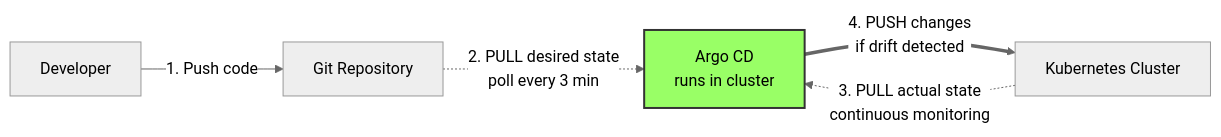
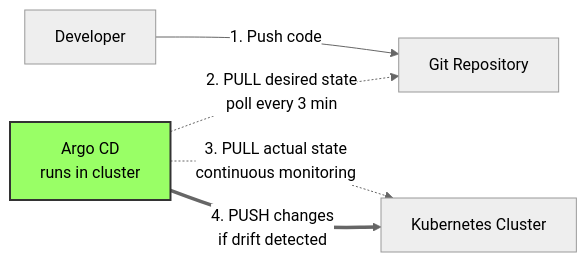
One commit to eislab-cps/m7011e changed the second of 3 diagrams in 6-argocd-gitops/README.md. Above: the diagram before and after it, drawn with Mermaid (neutral theme). The commit also changed 1 other file, not shown here.

Commit message:
improved images

````diff
--- a/6-argocd-gitops/README.md
+++ b/6-argocd-gitops/README.md
@@ -31,9 +31,9 @@
 ```mermaid
 flowchart LR
     Dev[Developer] -->|1. Push code| Git[Git Repository]
-    Git -.->|2. PULL desired state<br/>poll every 3 min| ArgoCD[Argo CD<br/>runs in cluster]
-    K8s[Kubernetes Cluster] -.->|3. PULL actual state<br/>continuous monitoring| ArgoCD
+    ArgoCD[Argo CD<br/>runs in cluster] -.->|2. PULL desired state<br/>poll every 3 min| Git
+    ArgoCD -.->|3. PULL actual state<br/>continuous monitoring| K8s[Kubernetes Cluster]
     ArgoCD ==>|4. PUSH changes<br/>if drift detected| K8s
 
     style ArgoCD fill:#9f6,stroke:#333,stroke-width:2px
 ```
````
